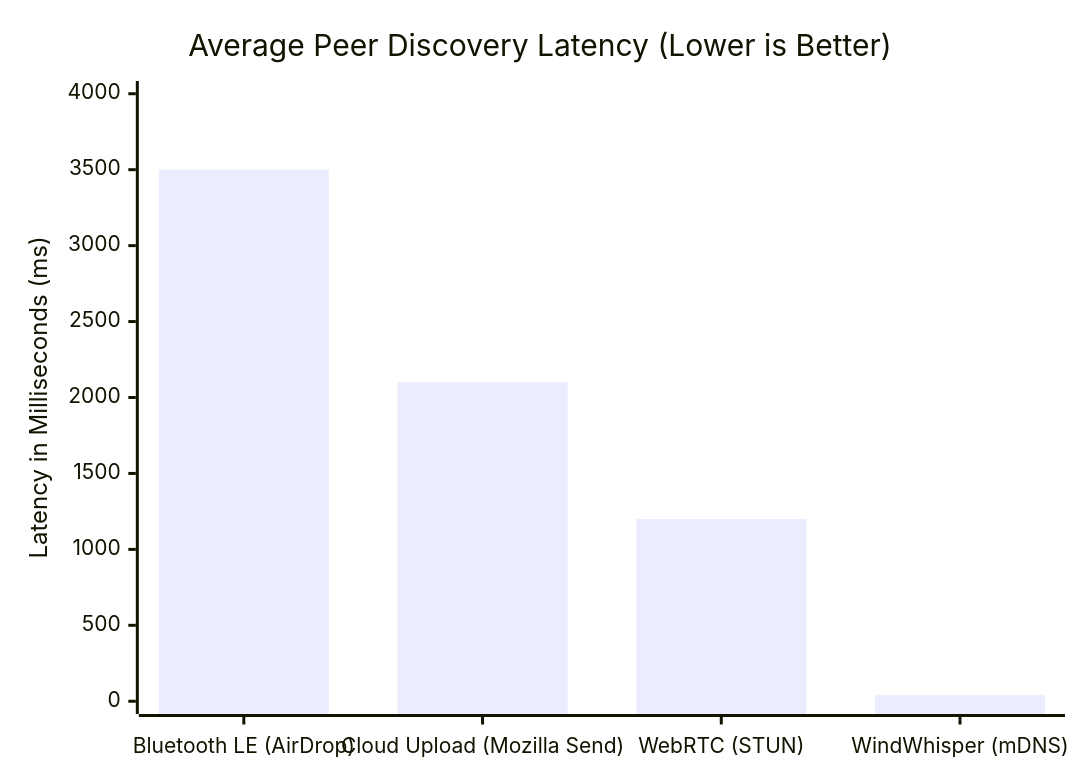
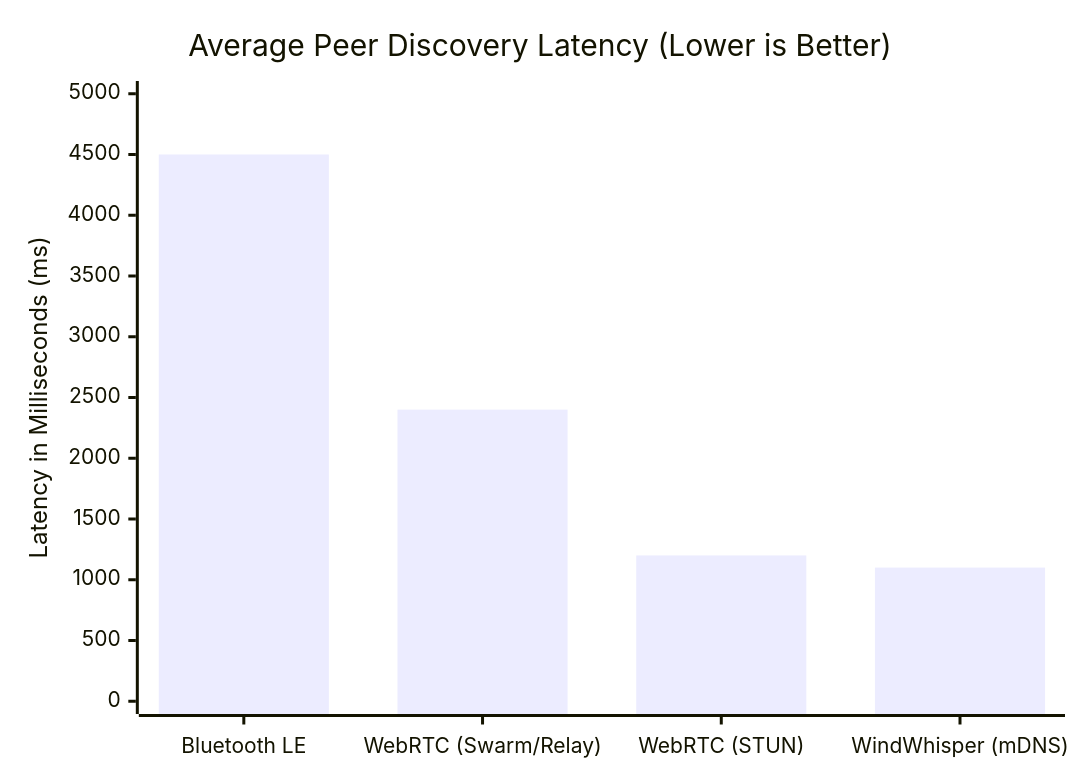
Before and after one commit to Sanjana765Kulkarni/zephyr-p2p: the first of 3 diagrams in documentation/Results_and_Performance.md, drawn with Mermaid. The commit also changed other lines of this file, not shown here.

````diff
--- a/documentation/Results_and_Performance.md
+++ b/documentation/Results_and_Performance.md
@@ -19,7 +19,7 @@
 ```mermaid
 xychart-beta
     title "Average Peer Discovery Latency (Lower is Better)"
-    x-axis ["Bluetooth LE (AirDrop)", "Cloud Upload (Mozilla Send)", "WebRTC (STUN)", "WindWhisper (mDNS)"]
-    y-axis "Latency in Milliseconds (ms)" 0 --> 4000
-    bar [3500, 2100, 1200, 40]
+    x-axis ["Bluetooth LE", "WebRTC (Swarm/Relay)", "WebRTC (STUN)", "WindWhisper (mDNS)"]
+    y-axis "Latency in Milliseconds (ms)" 0 --> 5000
+    bar [4500, 2400, 1200, 1100]
 ```
````
